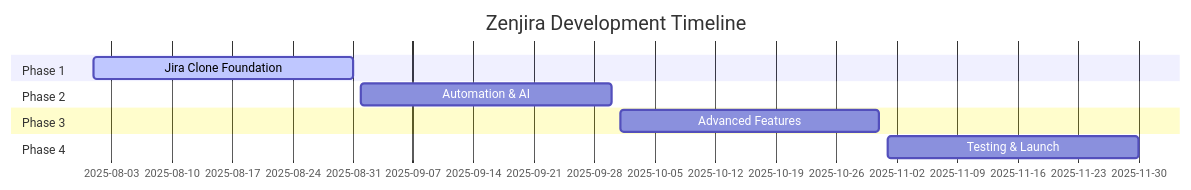
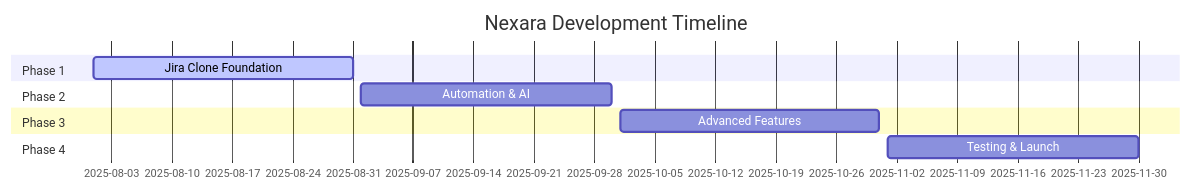
Before and after one commit to Promptzy/Nexara: the diagram in README.md, drawn with Mermaid. The commit also changed other lines of this file, not shown here.

Commit message:
Updated Zenjira to Nexara

````diff
--- a/README.md
+++ b/README.md
@@ -234,13 +234,13 @@
 ```mermaid
 gantt
-    title Zenjira Development Timeline
+    title Nexara Development Timeline
     dateFormat  MM-DD
     section Phase 1
     Jira Clone Foundation    :active, p1, 08-01, 08-31
     section Phase 2  
     Automation & AI          :p2, 09-01, 09-30
     section Phase 3
     Advanced Features        :p3, 10-01, 10-31
     section Phase 4
     Testing & Launch         :p4, 11-01, 11-30
 ```
````
